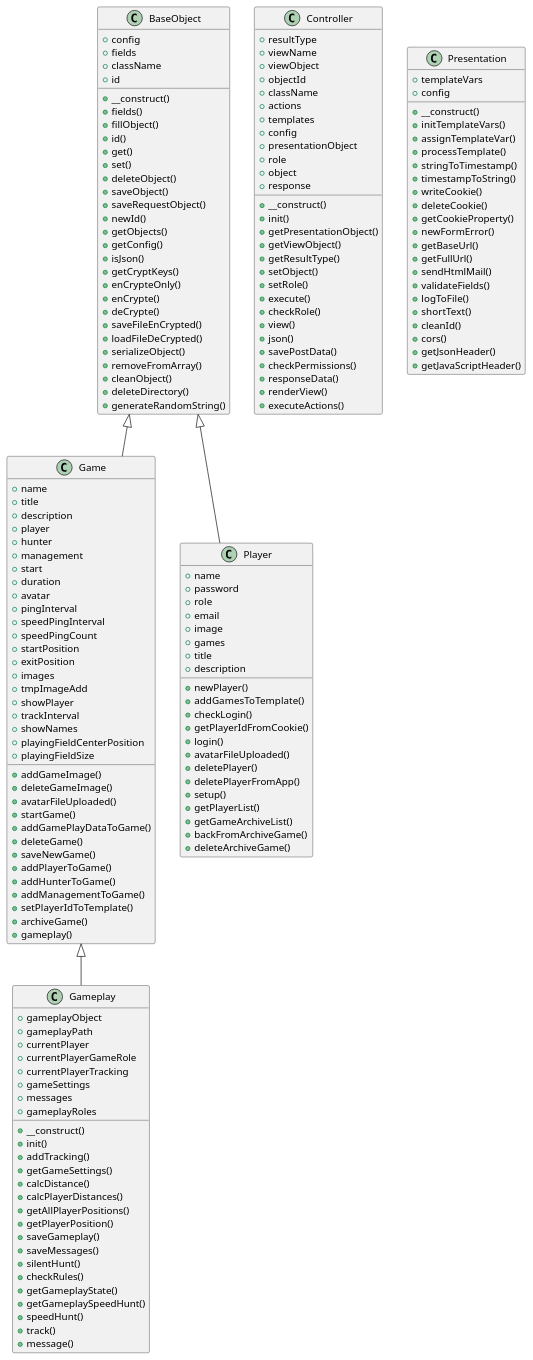
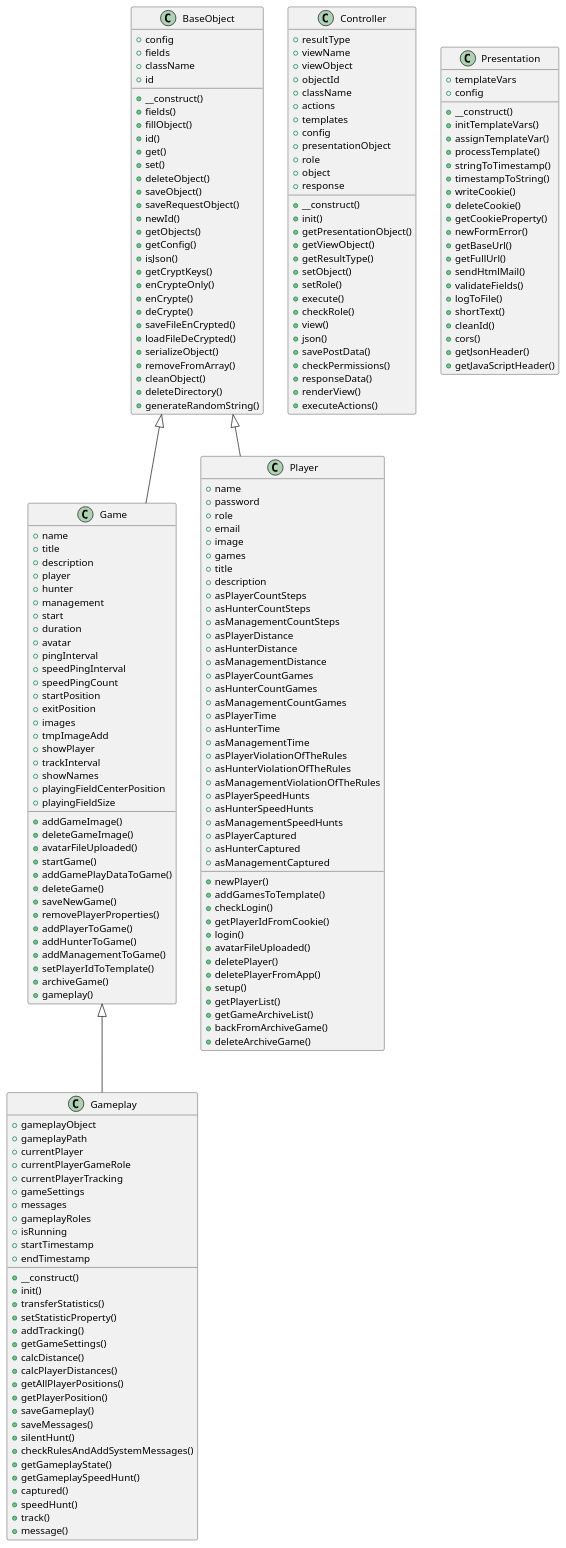
Before and after one commit to septem-sensu/friendshunt: the diagram in includes/docs/php/graphs/classes.puml, drawn with PlantUML. The commit also changed 15 other files, not shown here.

```diff
--- a/includes/docs/php/graphs/classes.puml
+++ b/includes/docs/php/graphs/classes.puml
@@ -91,6 +91,7 @@
   +addGamePlayDataToGame()
   +deleteGame()
   +saveNewGame()
+  +removePlayerProperties()
   +addPlayerToGame()
   +addHunterToGame()
   +addManagementToGame()
@@ -108,8 +109,13 @@
   +gameSettings
   +messages
   +gameplayRoles
+  +isRunning
+  +startTimestamp
+  +endTimestamp
   +__construct()
   +init()
+  +transferStatistics()
+  +setStatisticProperty()
   +addTracking()
   +getGameSettings()
   +calcDistance()
@@ -119,9 +125,10 @@
   +saveGameplay()
   +saveMessages()
   +silentHunt()
-  +checkRules()
+  +checkRulesAndAddSystemMessages()
   +getGameplayState()
   +getGameplaySpeedHunt()
+  +captured()
   +speedHunt()
   +track()
   +message()
@@ -136,6 +143,27 @@
   +games
   +title
   +description
+  +asPlayerCountSteps
+  +asHunterCountSteps
+  +asManagementCountSteps
+  +asPlayerDistance
+  +asHunterDistance
+  +asManagementDistance
+  +asPlayerCountGames
+  +asHunterCountGames
+  +asManagementCountGames
+  +asPlayerTime
+  +asHunterTime
+  +asManagementTime
+  +asPlayerViolationOfTheRules
+  +asHunterViolationOfTheRules
+  +asManagementViolationOfTheRules
+  +asPlayerSpeedHunts
+  +asHunterSpeedHunts
+  +asManagementSpeedHunts
+  +asPlayerCaptured
+  +asHunterCaptured
+  +asManagementCaptured
   +newPlayer()
   +addGamesToTemplate()
   +checkLogin()
```
